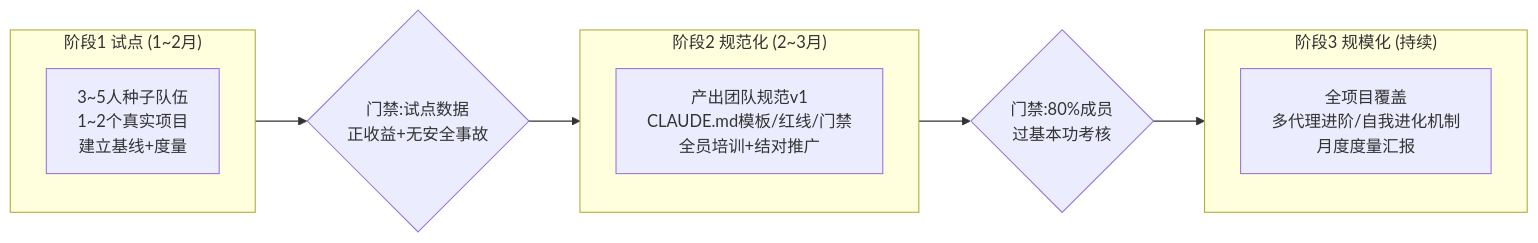
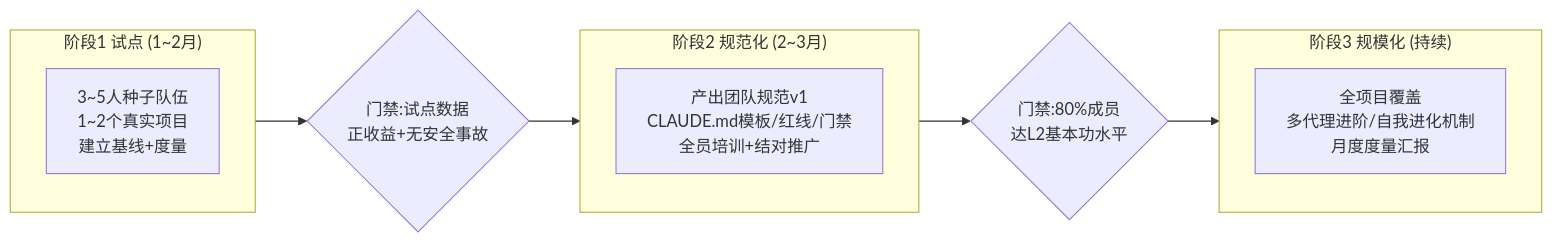
Before and after one commit to Woaini654321/efficiency-improvement: diagram 20 of 20 in 第二次分享资料/Claude-Code提效实战分享-图文版.md, drawn with Mermaid. The commit also changed other lines of this file and 1 other file, not shown here.

````diff
--- a/第二次分享资料/Claude-Code提效实战分享-图文版.md
+++ b/第二次分享资料/Claude-Code提效实战分享-图文版.md
@@ -1613,14 +1663,14 @@
 ```mermaid
 flowchart LR
     subgraph P1["阶段1 试点 (1~2月)"]
         A1[3~5人种子队伍<br/>1~2个真实项目<br/>建立基线+度量]
     end
     subgraph P2["阶段2 规范化 (2~3月)"]
         B1[产出团队规范v1<br/>CLAUDE.md模板/红线/门禁<br/>全员培训+结对推广]
     end
     subgraph P3["阶段3 规模化 (持续)"]
         C1[全项目覆盖<br/>多代理进阶/自我进化机制<br/>月度度量汇报]
     end
     P1 --> G1{门禁:试点数据<br/>正收益+无安全事故} --> P2
-    P2 --> G2{门禁:80%成员<br/>过基本功考核} --> P3
+    P2 --> G2{门禁:80%成员<br/>达L2基本功水平} --> P3
 ```
````
